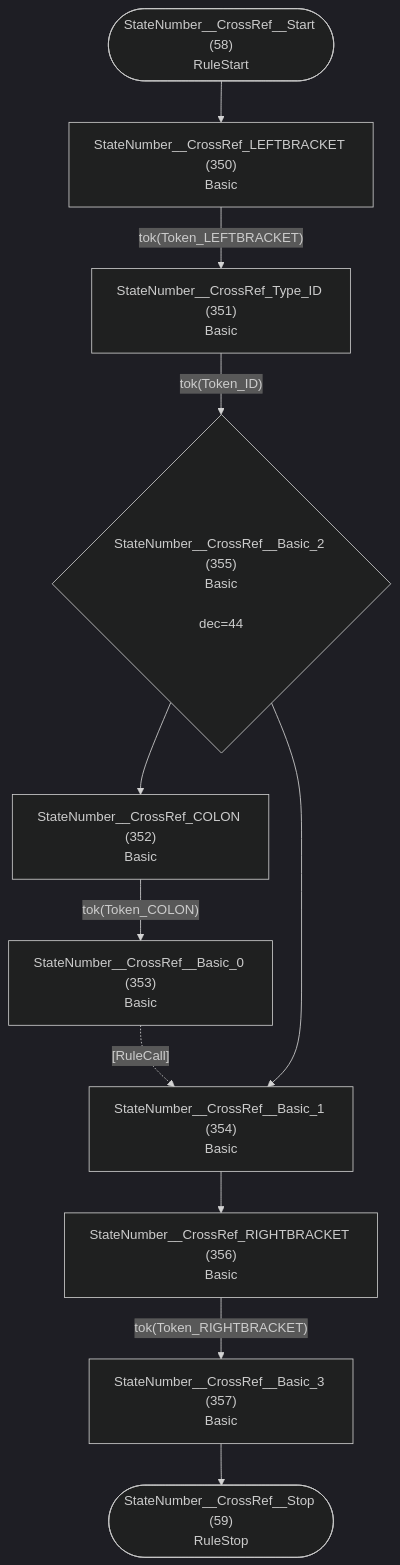
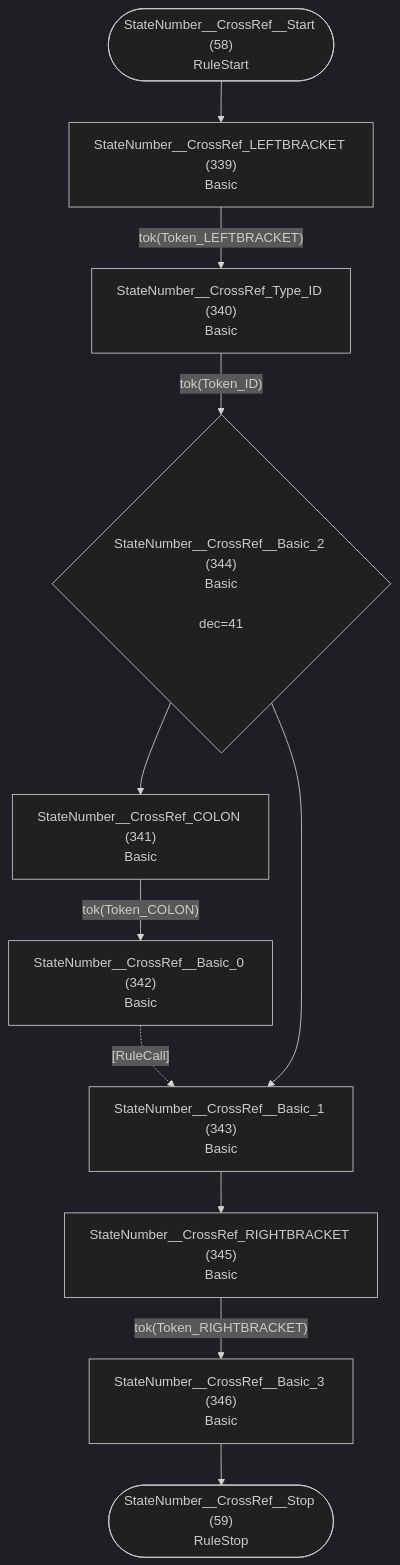
Before and after one commit to TypeFox/fastbelt: diagram 30 of 36 in internal/grammar/atn.md, drawn with Mermaid (dark theme). The commit also changed other lines of this file and 9 other files, not shown here.

````diff
--- a/internal/grammar/atn.md
+++ b/internal/grammar/atn.md
@@ -913,24 +888,24 @@
 ```mermaid
 flowchart TD
     q58(["StateNumber__CrossRef__Start (58)<br/>RuleStart"])
     q59(["StateNumber__CrossRef__Stop (59)<br/>RuleStop"])
-    q350["StateNumber__CrossRef_LEFTBRACKET (350)<br/>Basic<br/>"]
-    q351["StateNumber__CrossRef_Type_ID (351)<br/>Basic<br/>"]
-    q352["StateNumber__CrossRef_COLON (352)<br/>Basic<br/>"]
-    q353["StateNumber__CrossRef__Basic_0 (353)<br/>Basic<br/>"]
-    q354["StateNumber__CrossRef__Basic_1 (354)<br/>Basic<br/>"]
-    q355{"StateNumber__CrossRef__Basic_2 (355)<br/>Basic<br/><br/>dec=44"}
-    q356["StateNumber__CrossRef_RIGHTBRACKET (356)<br/>Basic<br/>"]
-    q357["StateNumber__CrossRef__Basic_3 (357)<br/>Basic<br/>"]
+    q339["StateNumber__CrossRef_LEFTBRACKET (339)<br/>Basic<br/>"]
+    q340["StateNumber__CrossRef_Type_ID (340)<br/>Basic<br/>"]
+    q341["StateNumber__CrossRef_COLON (341)<br/>Basic<br/>"]
+    q342["StateNumber__CrossRef__Basic_0 (342)<br/>Basic<br/>"]
+    q343["StateNumber__CrossRef__Basic_1 (343)<br/>Basic<br/>"]
+    q344{"StateNumber__CrossRef__Basic_2 (344)<br/>Basic<br/><br/>dec=41"}
+    q345["StateNumber__CrossRef_RIGHTBRACKET (345)<br/>Basic<br/>"]
+    q346["StateNumber__CrossRef__Basic_3 (346)<br/>Basic<br/>"]
 
-    q58 --> q350
-    q350 -->|"tok(Token_LEFTBRACKET)"| q351
-    q351 -->|"tok(Token_ID)"| q355
-    q352 -->|"tok(Token_COLON)"| q353
-    q353 -.->|"[RuleCall]"| q354
-    q354 --> q356
-    q355 --> q352
-    q355 --> q354
-    q356 -->|"tok(Token_RIGHTBRACKET)"| q357
-    q357 --> q59
+    q58 --> q339
+    q339 -->|"tok(Token_LEFTBRACKET)"| q340
+    q340 -->|"tok(Token_ID)"| q344
+    q341 -->|"tok(Token_COLON)"| q342
+    q342 -.->|"[RuleCall]"| q343
+    q343 --> q345
+    q344 --> q341
+    q344 --> q343
+    q345 -->|"tok(Token_RIGHTBRACKET)"| q346
+    q346 --> q59
 ```
````
